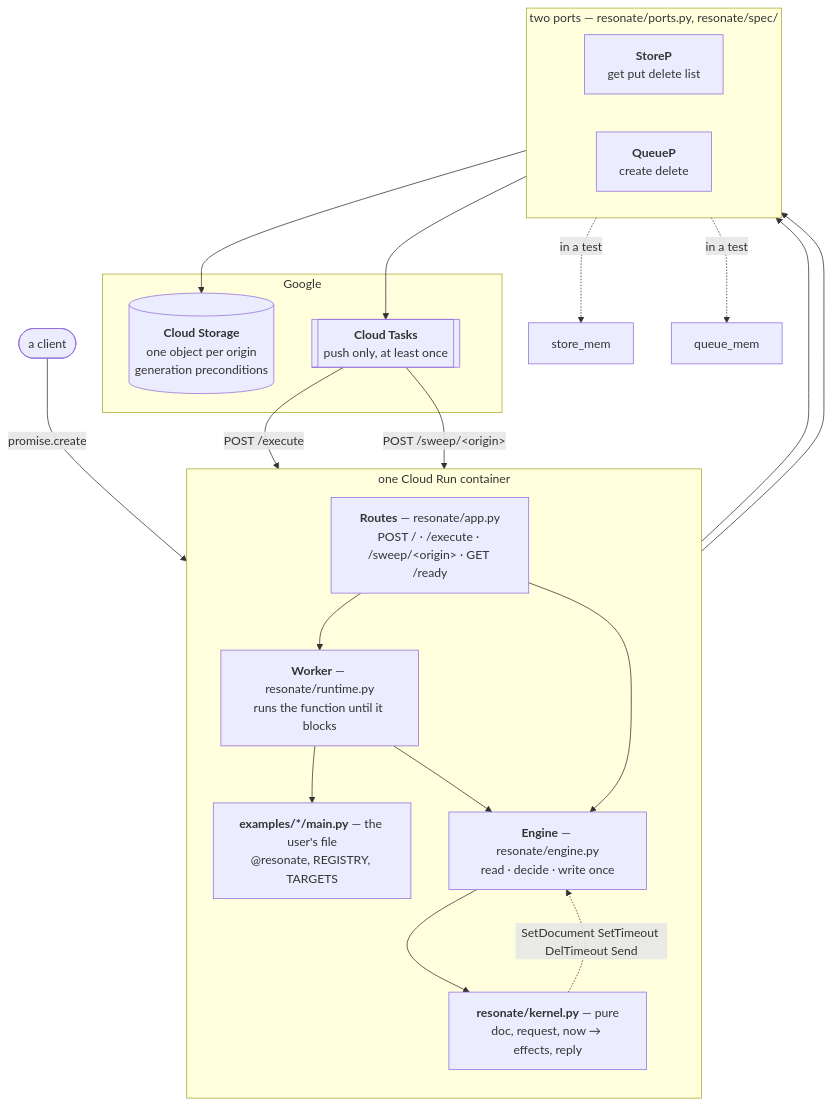
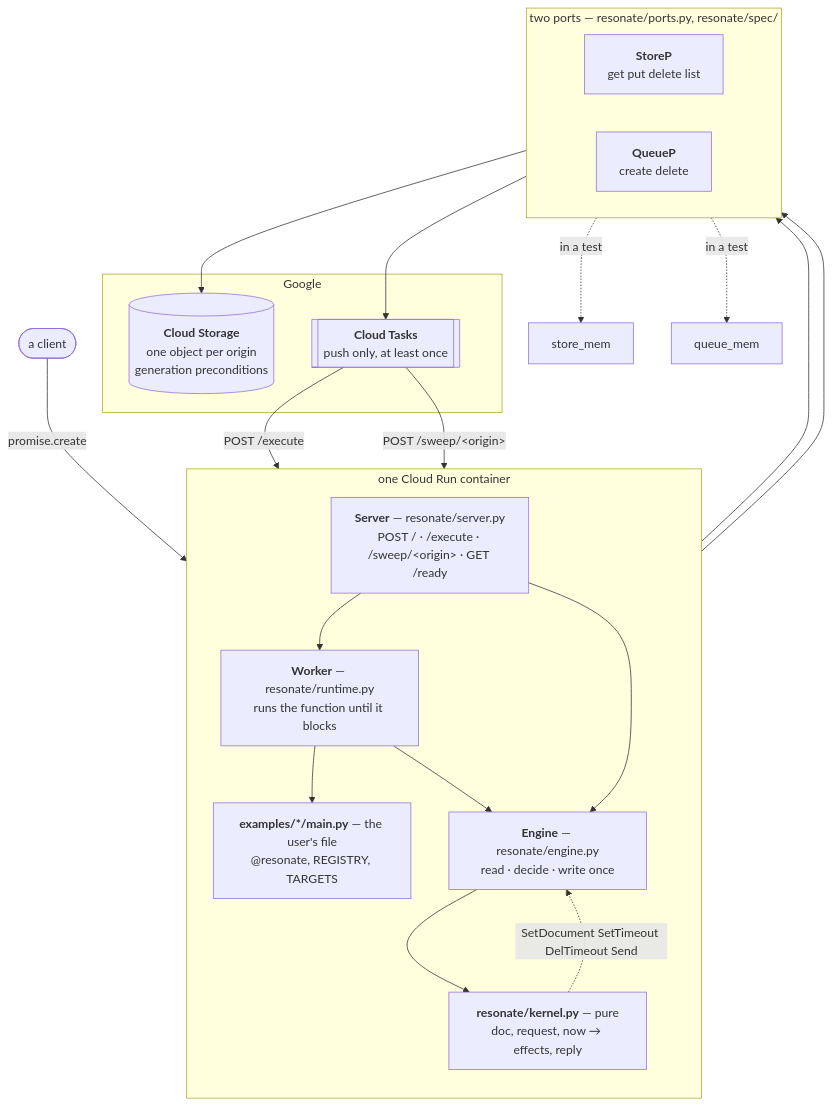
Before and after one commit to resonatehq/durable-execution: the diagram in code/final/ARCHITECTURE.md, drawn with Mermaid. The commit also changed other lines of this file and 28 other files, not shown here.

First line of the commit message:
Replace app.py with server.py, config.py and serve()

````diff
--- a/code/final/ARCHITECTURE.md
+++ b/code/final/ARCHITECTURE.md
@@ -9,43 +9,43 @@
 ```mermaid
 flowchart TB
     client(["a client"])
 
     subgraph container["one Cloud Run container"]
         direction TB
-        routes["<b>Routes</b> — resonate/app.py<br/>POST / · /execute · /sweep/&lt;origin&gt; · GET /ready"]
+        routes["<b>Server</b> — resonate/server.py<br/>POST / · /execute · /sweep/&lt;origin&gt; · GET /ready"]
         worker["<b>Worker</b> — resonate/runtime.py<br/>runs the function until it blocks"]
         app["<b>examples/*/main.py</b> — the user's file<br/>@resonate, REGISTRY, TARGETS"]
         engine["<b>Engine</b> — resonate/engine.py<br/>read · decide · write once"]
         kernel["<b>resonate/kernel.py</b> — pure<br/>doc, request, now → effects, reply"]
     end
 
     subgraph ports["two ports — resonate/ports.py, resonate/spec/"]
         direction LR
         store["<b>StoreP</b><br/>get put delete list"]
         queue["<b>QueueP</b><br/>create delete"]
     end
 
     subgraph google["Google"]
         gcs[("<b>Cloud Storage</b><br/>one object per origin<br/>generation preconditions")]
         tasks[["<b>Cloud Tasks</b><br/>push only, at least once"]]
     end
 
     client -->|"promise.create"| routes
     routes --> worker
     worker --> app
     worker --> engine
     routes --> engine
     engine --> kernel
     kernel -.->|"SetDocument SetTimeout DelTimeout Send"| engine
 
     engine --> store
     engine --> queue
     store --> gcs
     queue --> tasks
 
     tasks -->|"POST /execute"| routes
     tasks -->|"POST /sweep/&lt;origin&gt;"| routes
 
     store -.->|"in a test"| storemem["store_mem"]
     queue -.->|"in a test"| queuemem["queue_mem"]
 ```
````
